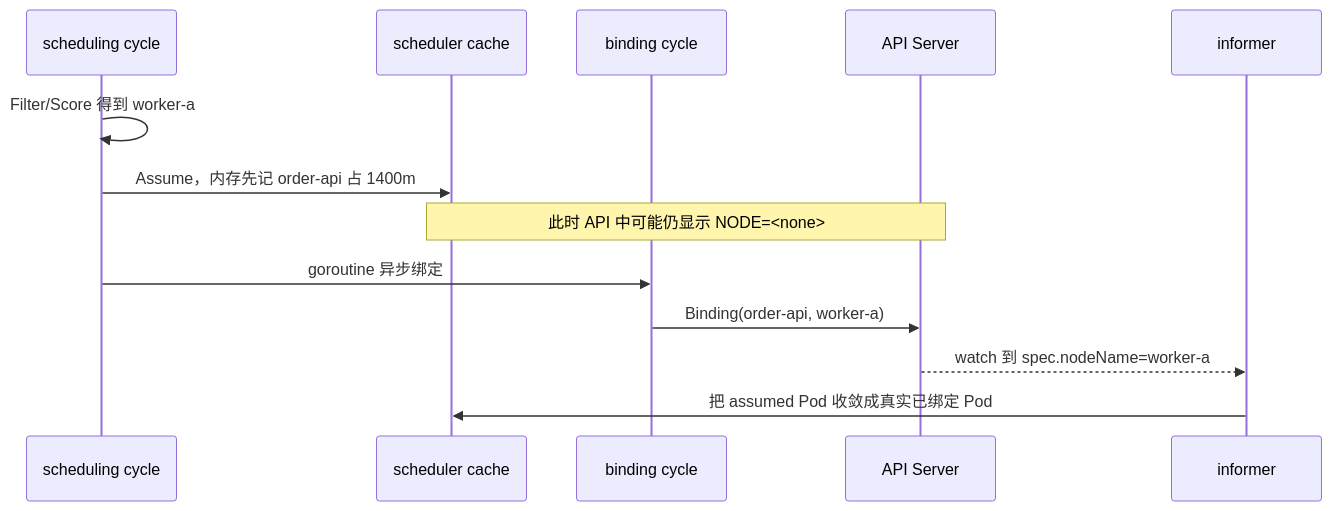
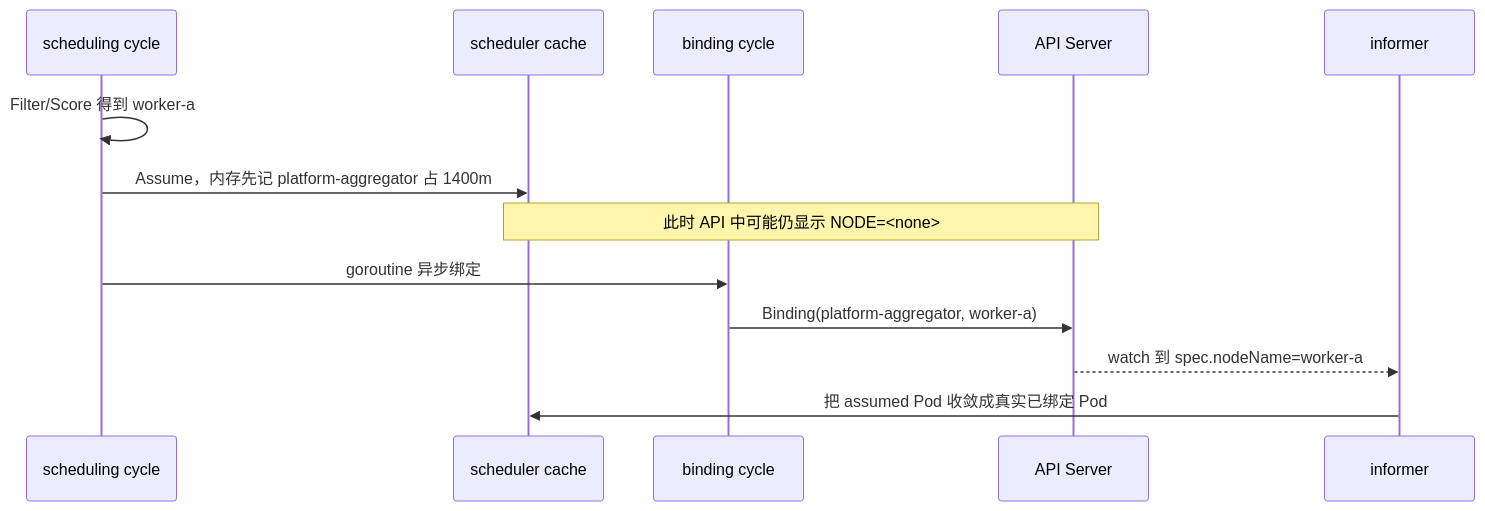
The seventh of 18 diagrams in 07_正式学习讲义/专题/01_Kubernetes_Scheduler从生产实战到业务平台_GPU与源码全景_新手独立讲义.md (zz-datou/k8s_plat_gpu), drawn with Mermaid before and after one commit. The commit also changed other lines of this file, not shown here.

````diff
--- a/07_正式学习讲义/专题/01_Kubernetes_Scheduler从生产实战到业务平台_GPU与源码全景_新手独立讲义.md
+++ b/07_正式学习讲义/专题/01_Kubernetes_Scheduler从生产实战到业务平台_GPU与源码全景_新手独立讲义.md
@@ -1876,16 +1919,16 @@
 ```mermaid
 sequenceDiagram
     participant S as scheduling cycle
     participant C as scheduler cache
     participant B as binding cycle
     participant A as API Server
     participant I as informer
 
     S->>S: Filter/Score 得到 worker-a
-    S->>C: Assume，内存先记 order-api 占 1400m
+    S->>C: Assume，内存先记 platform-aggregator 占 1400m
     Note over C,A: 此时 API 中可能仍显示 NODE=<none>
     S->>B: goroutine 异步绑定
-    B->>A: Binding(order-api, worker-a)
+    B->>A: Binding(platform-aggregator, worker-a)
     A-->>I: watch 到 spec.nodeName=worker-a
     I->>C: 把 assumed Pod 收敛成真实已绑定 Pod
 ```
````
